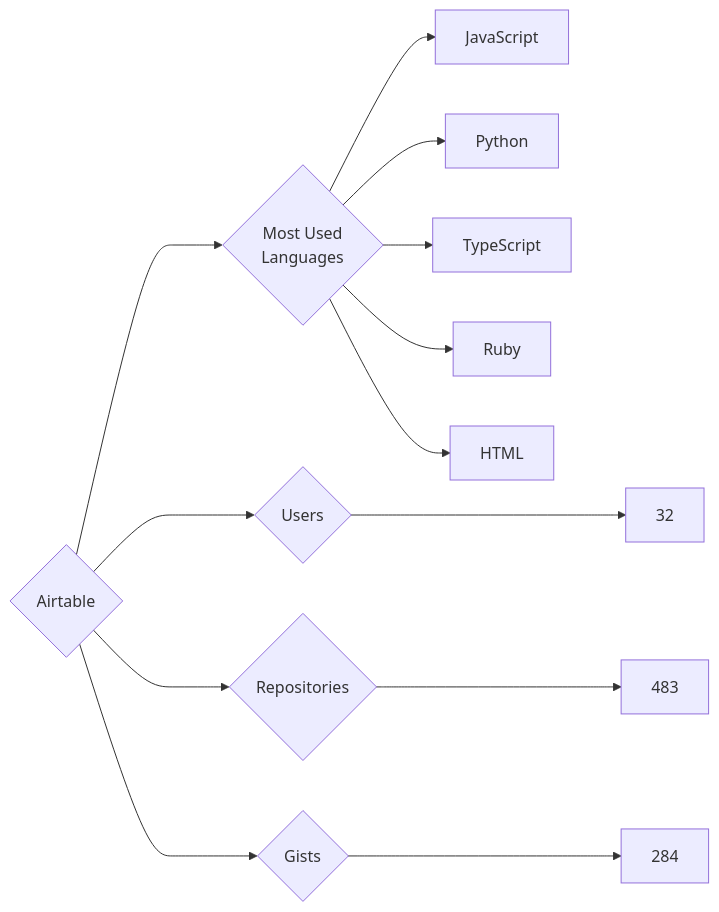
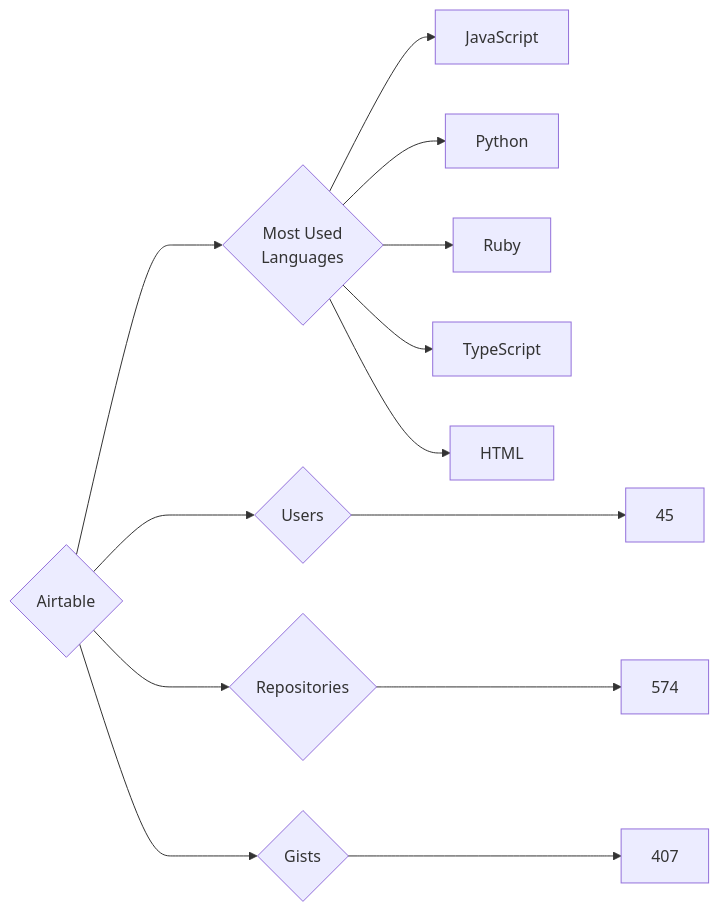
One commit to trickest/insiders changed the diagram in targets/Airtable/README.md. Above: the diagram before and after it, drawn with Mermaid. The commit also changed 838 other files, not shown here.

````diff
--- a/targets/Airtable/README.md
+++ b/targets/Airtable/README.md
@@ -3,13 +3,13 @@
 ```mermaid
 graph LR
 COMPANY_NAME{Airtable}
-COMPANY_NAME ---> U{Users} ---> UN[32]
-COMPANY_NAME ---> R{Repositories} ---> RN[483]
-COMPANY_NAME ---> G{Gists} ---> GN[284]
+COMPANY_NAME ---> U{Users} ---> UN[45]
+COMPANY_NAME ---> R{Repositories} ---> RN[574]
+COMPANY_NAME ---> G{Gists} ---> GN[407]
 COMPANY_NAME ---> ML{Most Used<br>Languages}
 ML --> JavaScript[JavaScript]
 ML --> Python[Python]
+ML --> Ruby[Ruby]
 ML --> TypeScript[TypeScript]
-ML --> Ruby[Ruby]
 ML --> HTML[HTML]
 ```
````
